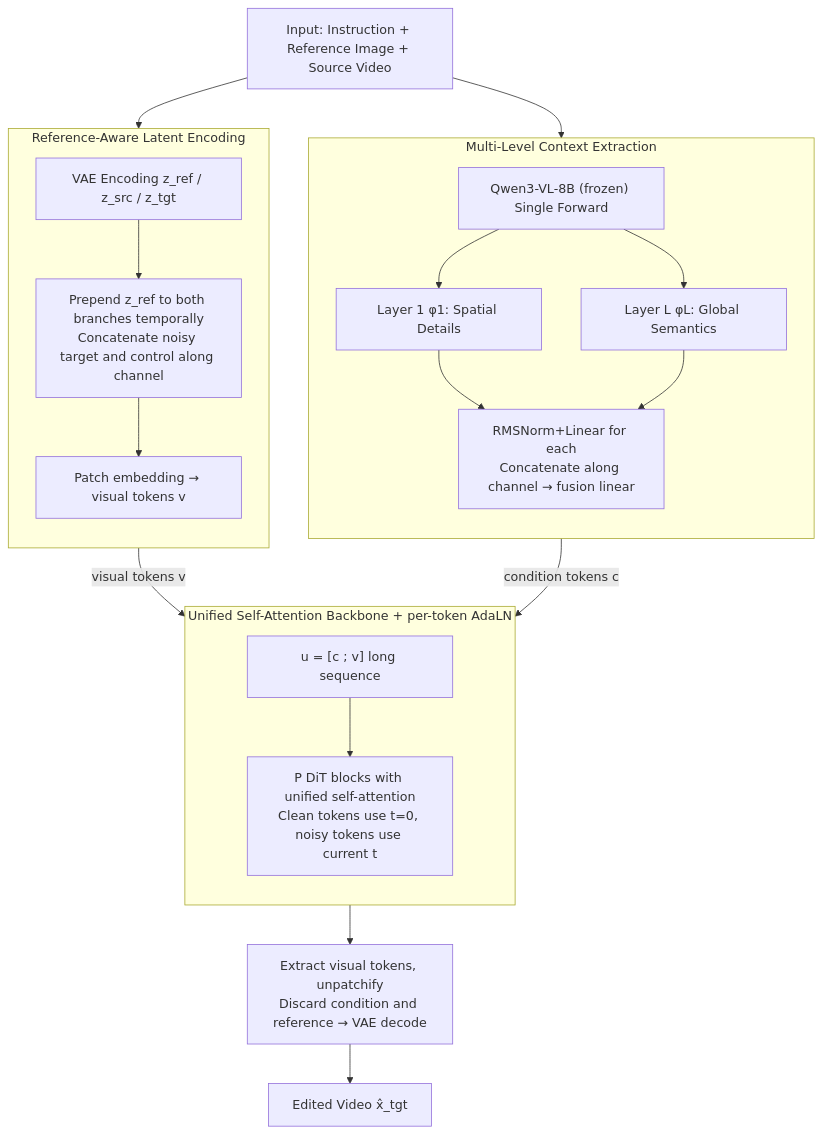
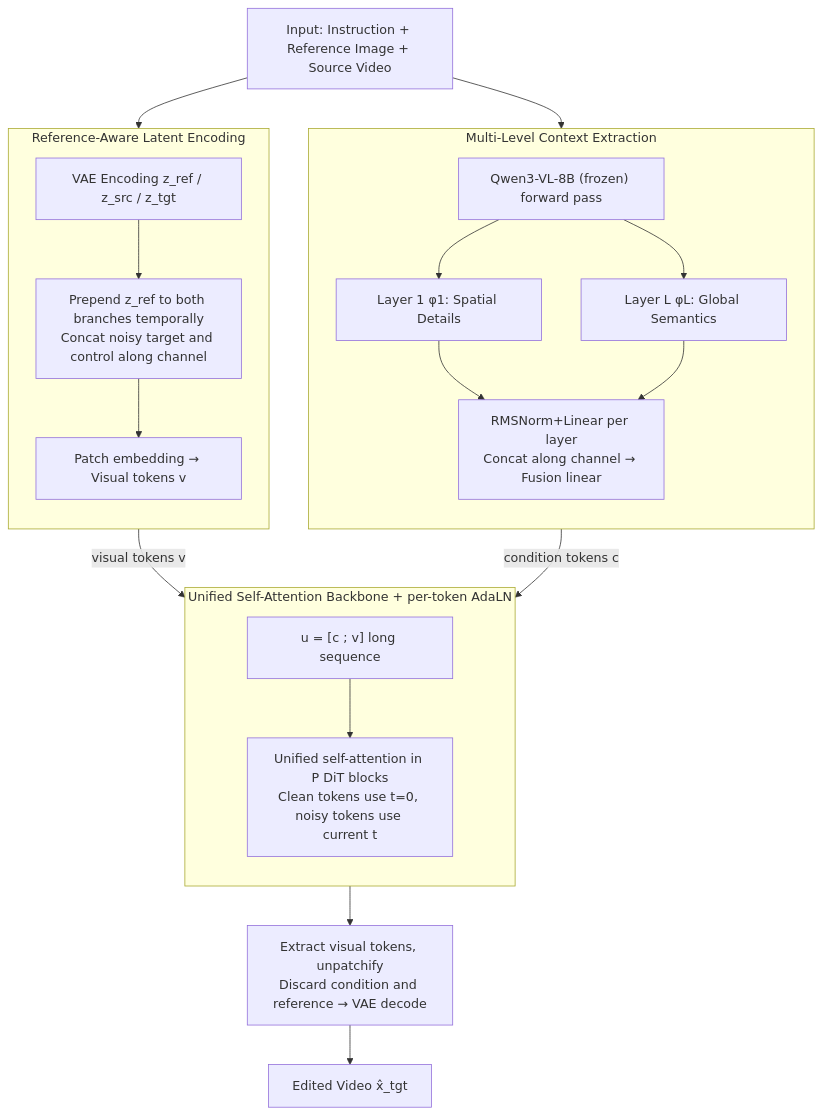
One commit to zhaoyang97/Paper-Notes-en changed the diagram in docs/ICML2026/video_generation/mive_multiscale_vision-language_features_for_reference-guided_video_editing.md. Above: the diagram before and after it, drawn with Mermaid. The commit also changed other lines of this file and 5084 other files, not shown here.

````diff
--- a/docs/ICML2026/video_generation/mive_multiscale_vision-language_features_for_reference-guided_video_editing.md
+++ b/docs/ICML2026/video_generation/mive_multiscale_vision-language_features_for_reference-guided_video_editing.md
@@ -49,26 +49,26 @@
 ```mermaid
-graph TD
+flowchart TD
     IN["Input: Instruction + Reference Image + Source Video"]
     subgraph CTX["Multi-Level Context Extraction"]
         direction TB
-        Q["Qwen3-VL-8B (frozen) Single Forward"] --> L1["Layer 1 φ1: Spatial Details"]
+        Q["Qwen3-VL-8B (frozen) forward pass"] --> L1["Layer 1 φ1: Spatial Details"]
         Q --> LL["Layer L φL: Global Semantics"]
-        L1 --> FU["RMSNorm+Linear for each<br/>Concatenate along channel → fusion linear"]
+        L1 --> FU["RMSNorm+Linear per layer<br/>Concat along channel → Fusion linear"]
         LL --> FU
     end
     subgraph LAT["Reference-Aware Latent Encoding"]
         direction TB
-        VAE["VAE Encoding z_ref / z_src / z_tgt"] --> PRE["Prepend z_ref to both branches temporally<br/>Concatenate noisy target and control along channel"]
-        PRE --> PE["Patch embedding → visual tokens v"]
+        VAE["VAE Encoding z_ref / z_src / z_tgt"] --> PRE["Prepend z_ref to both branches temporally<br/>Concat noisy target and control along channel"]
+        PRE --> PE["Patch embedding → Visual tokens v"]
     end
     IN --> CTX
     IN --> LAT
     subgraph BK["Unified Self-Attention Backbone + per-token AdaLN"]
         direction TB
-        U["u = [c ; v] long sequence"] --> DIT["P DiT blocks with unified self-attention<br/>Clean tokens use t=0, noisy tokens use current t"]
+        U["u = [c ; v] long sequence"] --> DIT["Unified self-attention in P DiT blocks<br/>Clean tokens use t=0, noisy tokens use current t"]
     end
     FU -->|"condition tokens c"| U
     PE -->|"visual tokens v"| U
     DIT --> OUT["Extract visual tokens, unpatchify<br/>Discard condition and reference → VAE decode"]
     OUT --> VID["Edited Video x̂_tgt"]
 ```
````
